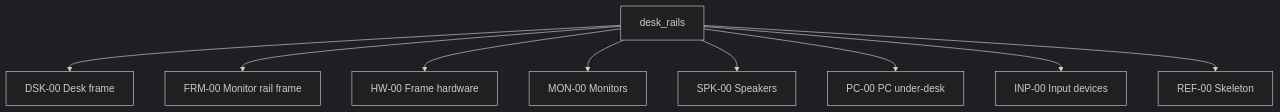
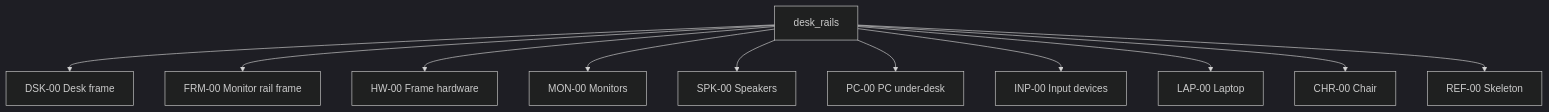
Before and after one commit to msetsma/desk-rail-system: the diagram in README.md, drawn with Mermaid (dark theme). The commit also changed other lines of this file and 59 other files, not shown here.

````diff
--- a/README.md
+++ b/README.md
@@ -98,11 +100,13 @@
 ```mermaid
 graph TD
   root[desk_rails] --> DSK[DSK-00 Desk frame]
   root --> FRM[FRM-00 Monitor rail frame]
   root --> HW[HW-00 Frame hardware]
   root --> MON[MON-00 Monitors]
   root --> SPK[SPK-00 Speakers]
   root --> PC[PC-00 PC under-desk]
   root --> INP[INP-00 Input devices]
+  root --> LAP[LAP-00 Laptop]
+  root --> CHR[CHR-00 Chair]
   root --> REF[REF-00 Skeleton]
 ```
````
